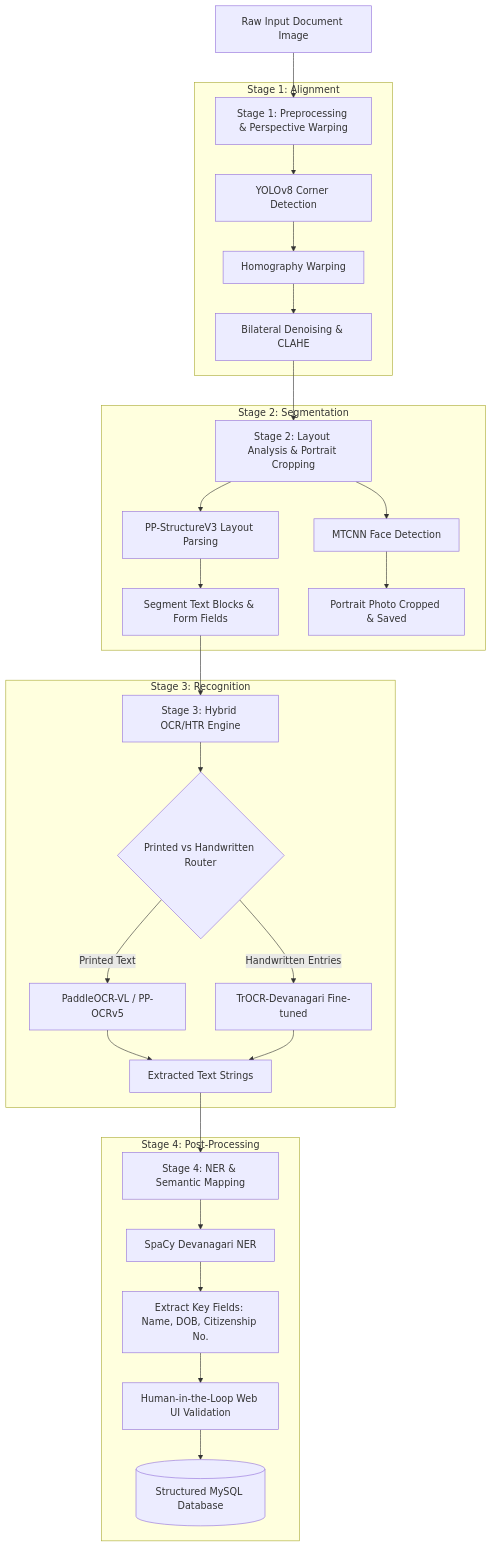
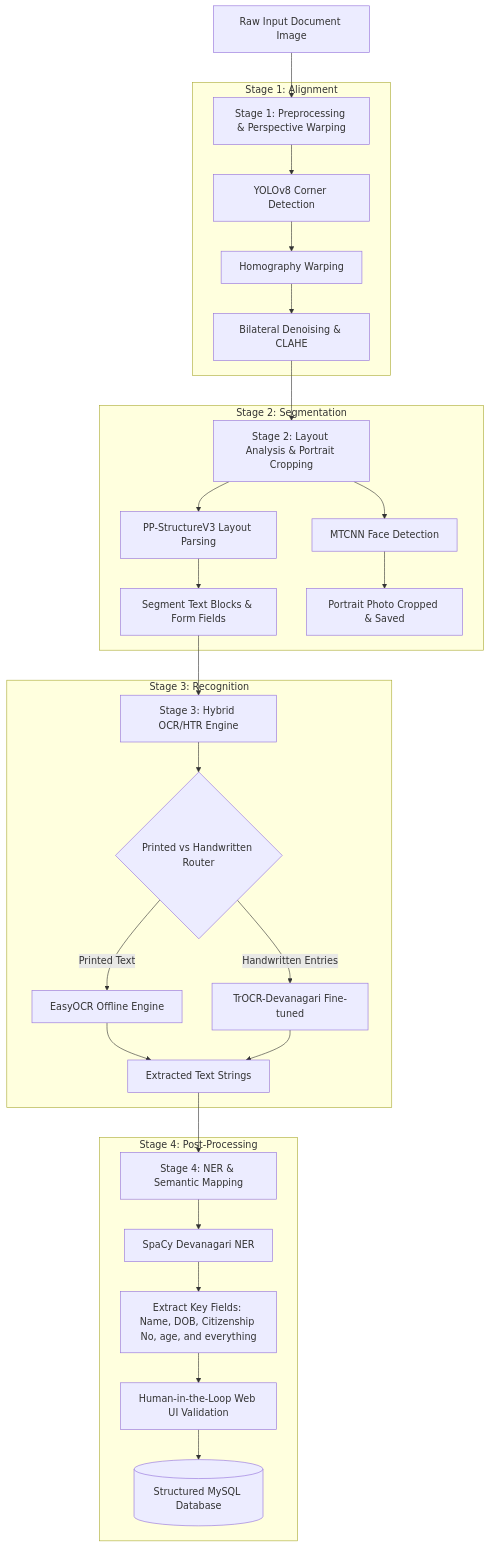
The diagram in README.md (SandipAcharya/intelligent-ocr-nepal), drawn with Mermaid before and after one commit. The commit also changed other lines of this file and 2 other files, not shown here.

Commit message:
refactor(ocr): Completely replace PaddleOCR with fully offline EasyOCR PyTorch engine

````diff
--- a/README.md
+++ b/README.md
@@ -12,38 +12,38 @@
 ```mermaid
 graph TD
     A[Raw Input Document Image] --> B[Stage 1: Preprocessing & Perspective Warping]
     
     subgraph Stage 1: Alignment
         B --> B1[YOLOv8 Corner Detection]
         B1 --> B2[Homography Warping]
         B2 --> B3[Bilateral Denoising & CLAHE]
     end
     
     B3 --> C[Stage 2: Layout Analysis & Portrait Cropping]
     
     subgraph Stage 2: Segmentation
         C --> C1[PP-StructureV3 Layout Parsing]
         C --> C2[MTCNN Face Detection]
         C1 --> C3[Segment Text Blocks & Form Fields]
         C2 --> C4[Portrait Photo Cropped & Saved]
     end
     
     C3 --> D[Stage 3: Hybrid OCR/HTR Engine]
     
     subgraph Stage 3: Recognition
         D --> D1{Printed vs Handwritten Router}
-        D1 -- Printed Text --> D2[PaddleOCR-VL / PP-OCRv5]
+        D1 -- Printed Text --> D2[EasyOCR Offline Engine]
         D1 -- Handwritten Entries --> D3[TrOCR-Devanagari Fine-tuned]
         D2 --> D4[Extracted Text Strings]
         D3 --> D4
     end
     
     D4 --> E[Stage 4: NER & Semantic Mapping]
     
     subgraph Stage 4: Post-Processing
         E --> E1[SpaCy Devanagari NER]
-        E1 --> E2[Extract Key Fields: Name, DOB, Citizenship No.]
+        E1 --> E2[Extract Key Fields: Name, DOB, Citizenship No, age, and everything]
         E2 --> E3[Human-in-the-Loop Web UI Validation]
         E3 --> E4[(Structured MySQL Database)]
     end
 ```
````
